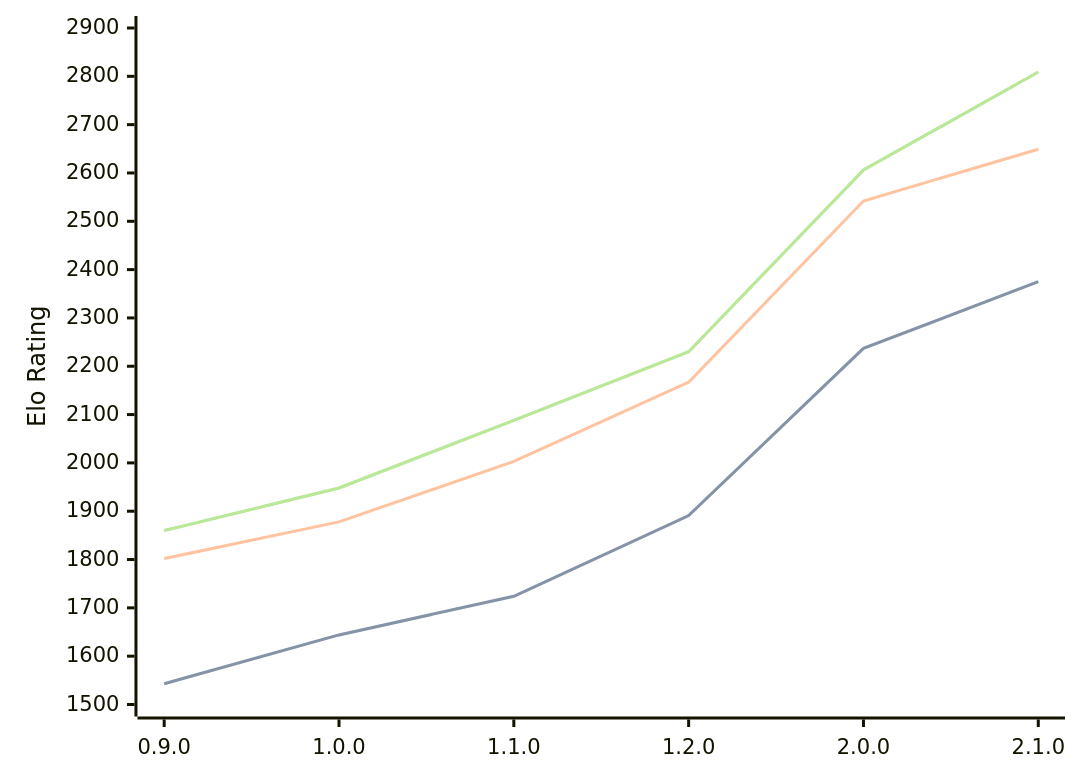
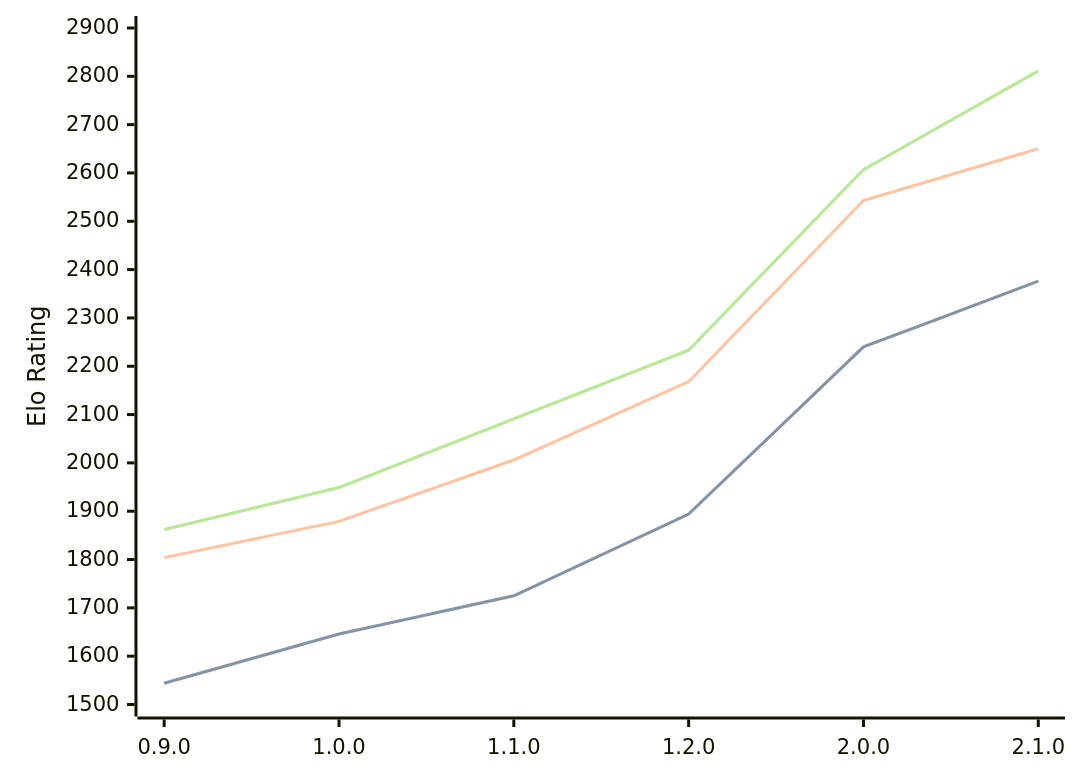
One commit to computer-chess-index/cci changed the diagram in engines/Ratsu.md. Above: the diagram before and after it, drawn with Mermaid. The commit also changed other lines of this file, not shown here.

Commit message:
Update CCI Ratings (ELO VLTC) - 2026-08-22

````diff
--- a/engines/Ratsu.md
+++ b/engines/Ratsu.md
@@ -36,11 +36,11 @@
 ```mermaid
 %%{init: {"theme":"base","themeVariables":{"seriesColors:['#a3a3a3','#222221','#faa371']}}}%%
 xychart-beta
   x-axis ["0.9.0", "1.0.0", "1.1.0", "1.2.0", "2.0.0", "2.1.0"]
   y-axis "Elo Rating" 1500 --> 2900
-  line "STC (8.0+0.08s)" [1543, 1644, 1724, 1891, 2237, 2375]
-  line "STC (8.0+0.08s)" [1543, 1644, 1724, 1891, 2237, 2375]
-  line "LTC (60.0+0.60s)" [1802, 1878, 2003, 2167, 2542, 2649]
-  line "VLTC (2m24s+1.12s)" [1860, 1948, 2088, 2230, 2606, 2809]
-  line "VLTC (2m24s+1.12s)" [1860, 1948, 2088, 2230, 2606, 2809]
+  line "STC (8.0+0.08s)" [1544, 1646, 1725, 1894, 2240, 2376]
+  line "STC (8.0+0.08s)" [1544, 1646, 1725, 1894, 2240, 2376]
+  line "LTC (60.0+0.60s)" [1804, 1879, 2006, 2168, 2543, 2650]
+  line "VLTC (2m24s+1.12s)" [1862, 1949, 2091, 2233, 2607, 2811]
+  line "VLTC (2m24s+1.12s)" [1862, 1949, 2091, 2233, 2607, 2811]
 ```
````
